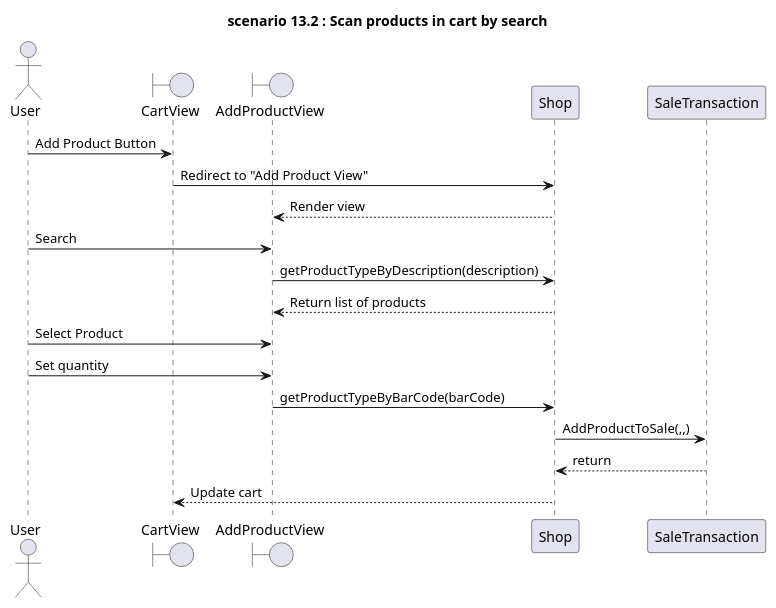
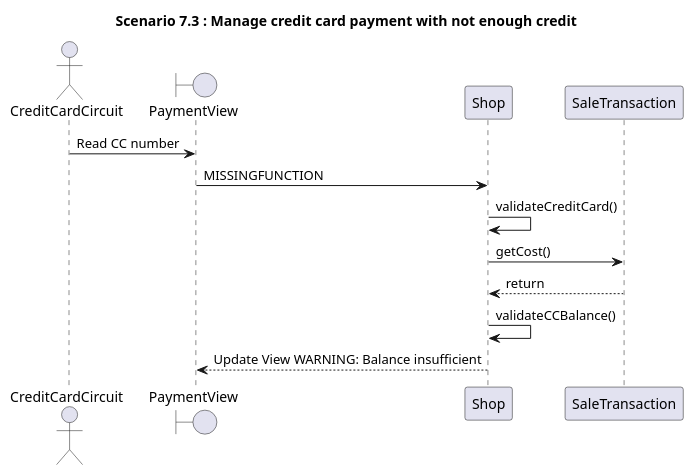
Before and after one commit to zitabou/EZShop: diagram 14 of 15 in Deliverables/DesignDocument.md, drawn with PlantUML. The commit also changed other lines of this file, not shown here.

Commit message:
Sequence diagramas for scenarios 6.x 7.x

````diff
--- a/Deliverables/DesignDocument.md
+++ b/Deliverables/DesignDocument.md
@@ -365,22 +721,27 @@
 ```plantuml
 
 title
-**scenario 13.2** : Scan products in cart by search
+**Scenario 7.3** : Manage credit card payment with not enough credit
 end title
 
-Actor User
-Boundary CartView
-Boundary AddProductView
-User -> CartView: Add Product Button
-CartView -> Shop: Redirect to "Add Product View"
-Shop --> AddProductView: Render view
-User -> AddProductView: Search
-AddProductView -> Shop: getProductTypeByDescription(description)
-Shop --> AddProductView: Return list of products
-User -> AddProductView: Select Product
-User -> AddProductView: Set quantity
-AddProductView -> Shop: getProductTypeByBarCode(barCode)
-Shop -> SaleTransaction: AddProductToSale(,,)
-SaleTransaction--> Shop: return
-Shop --> CartView: Update cart
+'Actors
+actor CreditCardCircuit
+'Boundaries
+boundary PaymentView
+
+''''
+'Sequence
+'''''
+'Read credit card number
+CreditCardCircuit -> PaymentView: Read CC number
+'MISSINGFUNCTION readCreditCard()
+PaymentView -> Shop : MISSINGFUNCTION
+'MISSINGFUNCTION validateCreditCard()
+Shop -> Shop: validateCreditCard()
+Shop -> SaleTransaction: getCost()
+SaleTransaction --> Shop: return
+'MISSINGFUNCTION validateCCBalance()
+Shop -> Shop : validateCCBalance()
+Shop --> PaymentView: Update View WARNING: Balance insufficient
+
 ```
````
